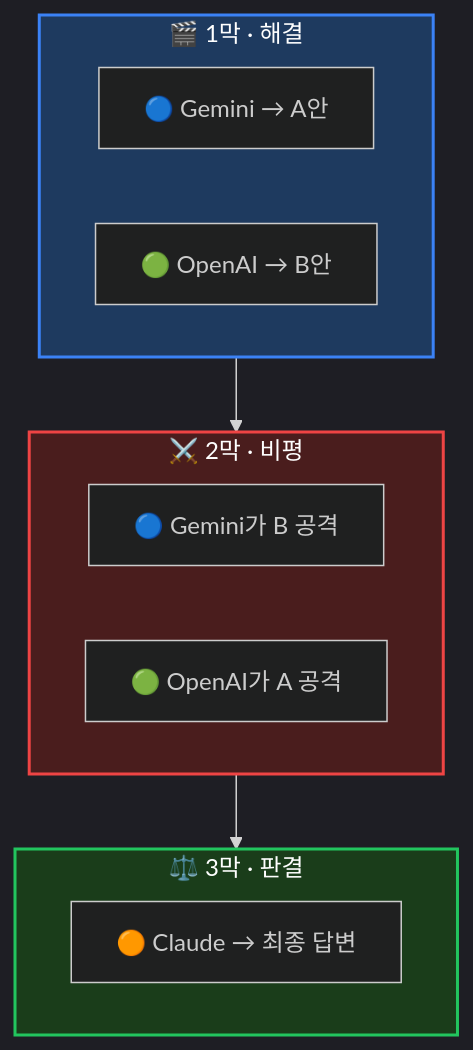
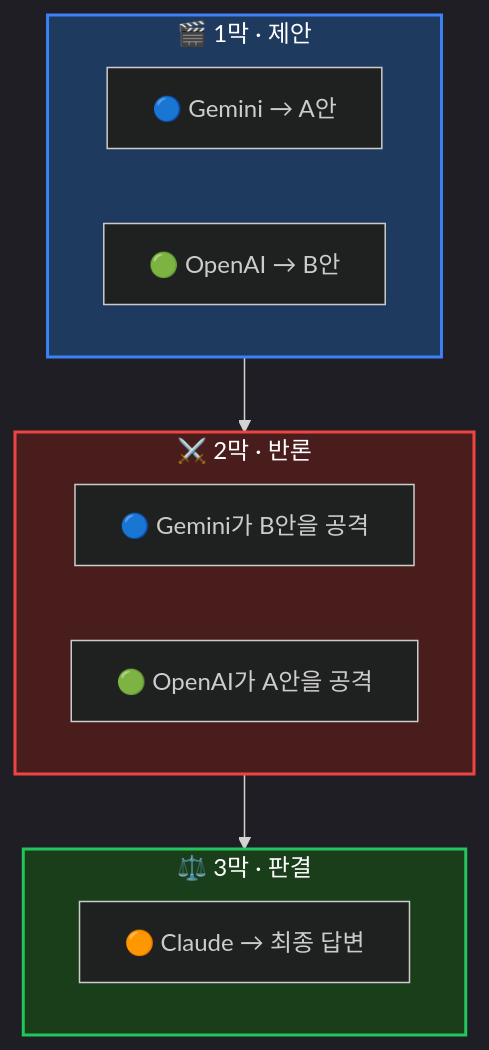
Before and after one commit to quantsquirrel/thesqrldev-claudecode-toolkit: the diagram in plugins/synod/README.ko.md, drawn with Mermaid. The commit also changed other lines of this file and 3 other files, not shown here.

````diff
--- a/plugins/synod/README.ko.md
+++ b/plugins/synod/README.ko.md
@@ -48,23 +48,23 @@
 ```mermaid
 %%{init: {'theme': 'dark', 'themeVariables': { 'primaryColor': '#1e3a5f', 'secondaryColor': '#4a1d1d', 'tertiaryColor': '#1a3d1a'}}}%%
 flowchart TB
-    subgraph ACT1["🎬 1막 · 해결"]
+    subgraph ACT1["🎬 1막 · 제안"]
         G1["🔵 Gemini → A안"]
         O1["🟢 OpenAI → B안"]
     end
 
-    subgraph ACT2["⚔️ 2막 · 비평"]
-        G2["🔵 Gemini가 B 공격"]
-        O2["🟢 OpenAI가 A 공격"]
+    subgraph ACT2["⚔️ 2막 · 반론"]
+        G2["🔵 Gemini가 B안을 공격"]
+        O2["🟢 OpenAI가 A안을 공격"]
     end
 
     subgraph ACT3["⚖️ 3막 · 판결"]
         C["🟠 Claude → 최종 답변"]
     end
 
     ACT1 --> ACT2 --> ACT3
 
     style ACT1 fill:#1e3a5f,stroke:#3b82f6,stroke-width:2px,color:#fff
     style ACT2 fill:#4a1d1d,stroke:#ef4444,stroke-width:2px,color:#fff
     style ACT3 fill:#1a3d1a,stroke:#22c55e,stroke-width:2px,color:#fff
 ```
````
